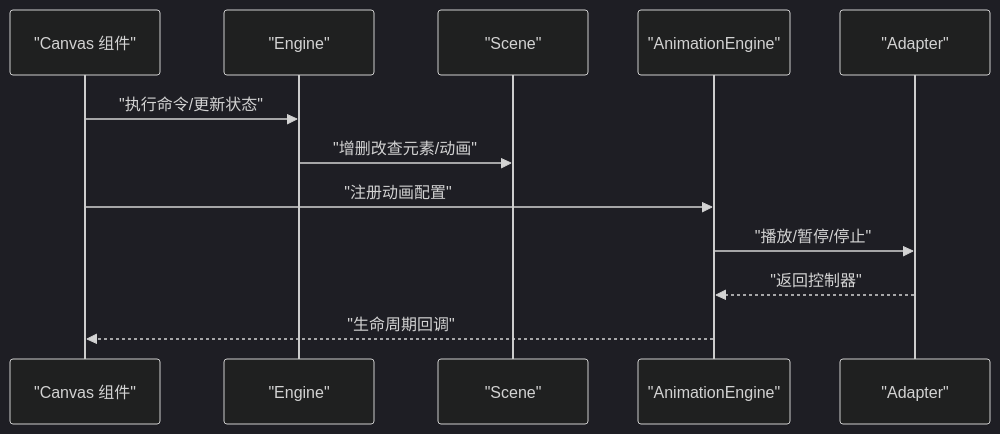
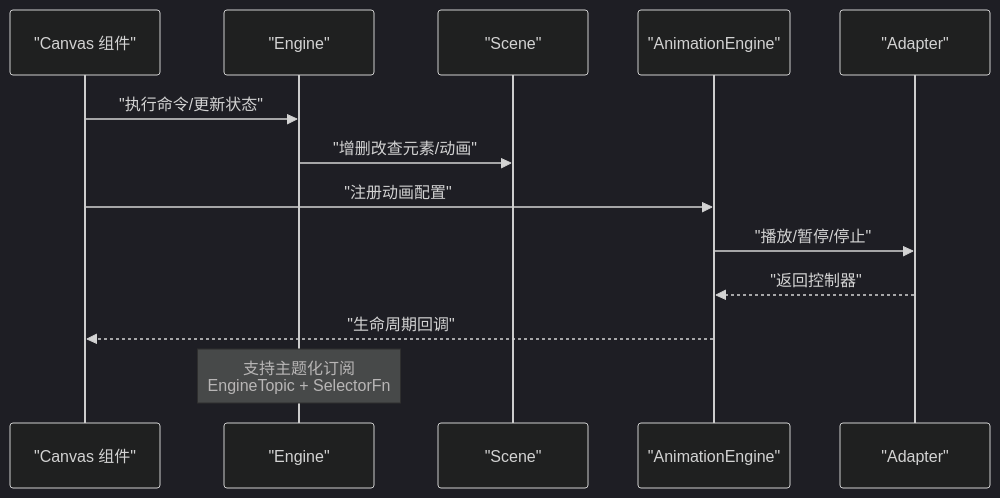
The second of 8 diagrams in .qoder/repowiki/zh/content/类型系统.md (Anna0314zy/ai_editor_enginer), drawn with Mermaid (dark theme) before and after one commit. The commit also changed other lines of this file and 25 other files, not shown here.

````diff
--- a/.qoder/repowiki/zh/content/类型系统.md
+++ b/.qoder/repowiki/zh/content/类型系统.md
@@ -127,14 +140,15 @@
 ```mermaid
 sequenceDiagram
 participant UI as "Canvas 组件"
 participant ENG as "Engine"
 participant SCN as "Scene"
 participant ANIM as "AnimationEngine"
 participant ADP as "Adapter"
 UI->>ENG : "执行命令/更新状态"
 ENG->>SCN : "增删改查元素/动画"
 UI->>ANIM : "注册动画配置"
 ANIM->>ADP : "播放/暂停/停止"
 ADP-->>ANIM : "返回控制器"
 ANIM-->>UI : "生命周期回调"
+Note over ENG : 支持主题化订阅<br/>EngineTopic + SelectorFn
 ```
````
